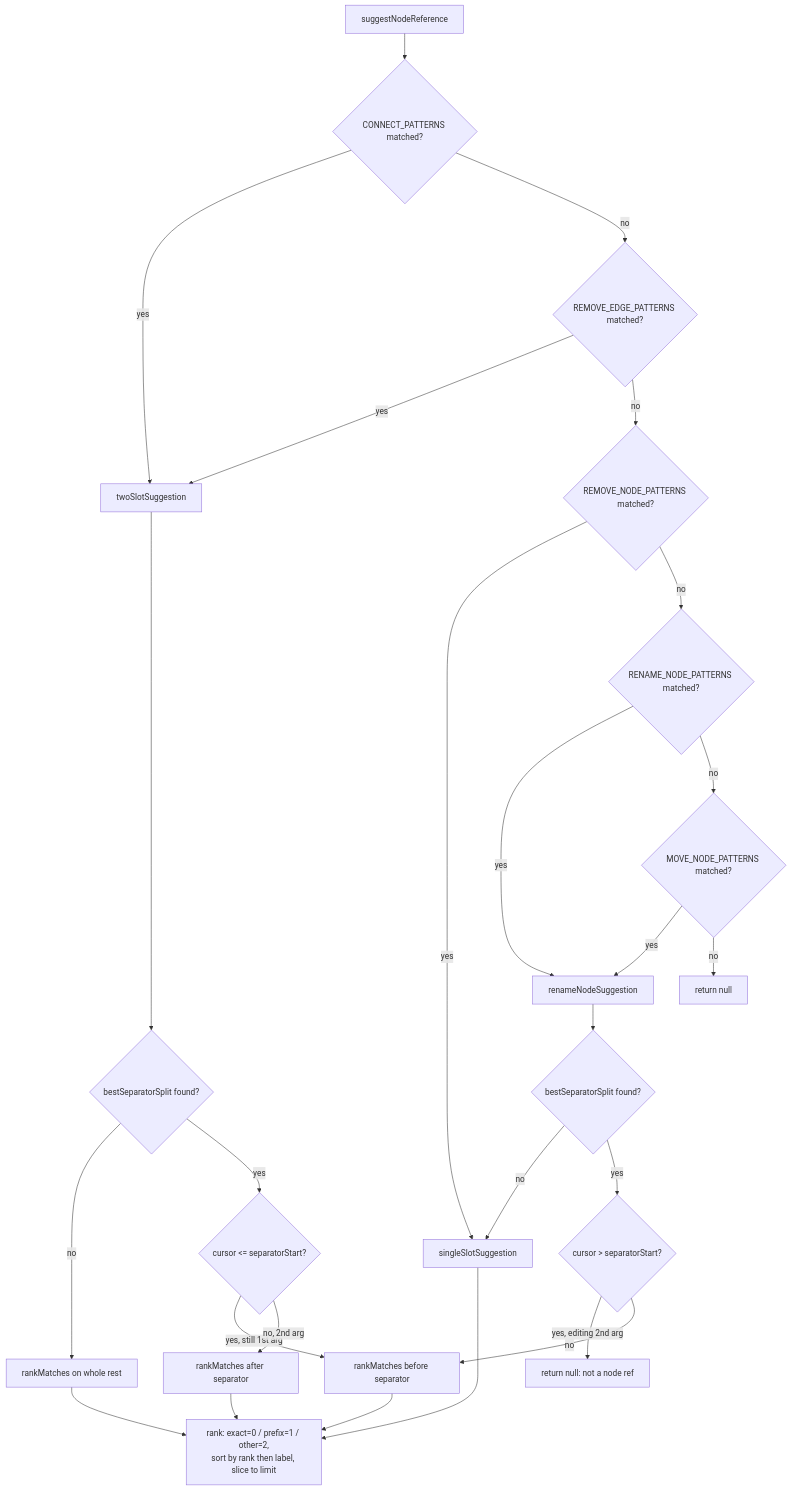
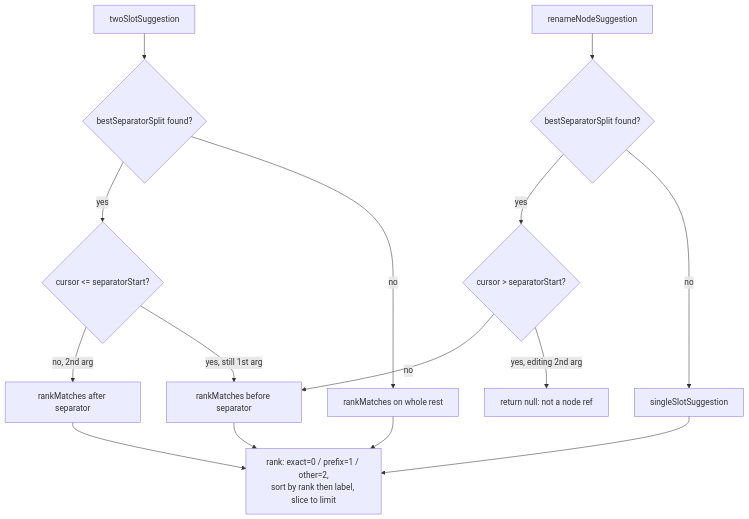
One commit to jgyy/architect-model changed the second of 2 diagrams in docs/categories/autocomplete-ranking.md. Above: the diagram before and after it, drawn with Mermaid. The commit also changed 31 other files, not shown here.

Commit message:
docs: split mermaids into 2 for easier viewing (#52)

````diff
--- a/docs/categories/autocomplete-ranking.md
+++ b/docs/categories/autocomplete-ranking.md
@@ -7,31 +26,19 @@
 ```mermaid
 flowchart TD
-    A[suggestNodeReference] --> B{CONNECT_PATTERNS matched?}
-    B -- yes --> H[twoSlotSuggestion]
-    B -- no --> C{REMOVE_EDGE_PATTERNS matched?}
-    C -- yes --> H
-    C -- no --> D{REMOVE_NODE_PATTERNS matched?}
-    D -- yes --> I[singleSlotSuggestion]
-    D -- no --> E{RENAME_NODE_PATTERNS matched?}
-    E -- yes --> J[renameNodeSuggestion]
-    E -- no --> F{MOVE_NODE_PATTERNS matched?}
-    F -- yes --> J
-    F -- no --> Null1[return null]
-
-    H --> K1{bestSeparatorSplit found?}
+    H[twoSlotSuggestion] --> K1{bestSeparatorSplit found?}
     K1 -- no --> L1[rankMatches on whole rest]
     K1 -- yes --> M{cursor <= separatorStart?}
     M -- yes, still 1st arg --> N1[rankMatches before separator]
     M -- no, 2nd arg --> N2[rankMatches after separator]
 
-    J --> K2{bestSeparatorSplit found?}
-    K2 -- no --> I
+    J[renameNodeSuggestion] --> K2{bestSeparatorSplit found?}
+    K2 -- no --> I[singleSlotSuggestion]
     K2 -- yes --> P{cursor > separatorStart?}
     P -- yes, editing 2nd arg --> Null2[return null: not a node ref]
     P -- no --> N1
 
     I --> R[rank: exact=0 / prefix=1 / other=2,<br/>sort by rank then label, slice to limit]
     L1 --> R
     N1 --> R
     N2 --> R
 ```
````
